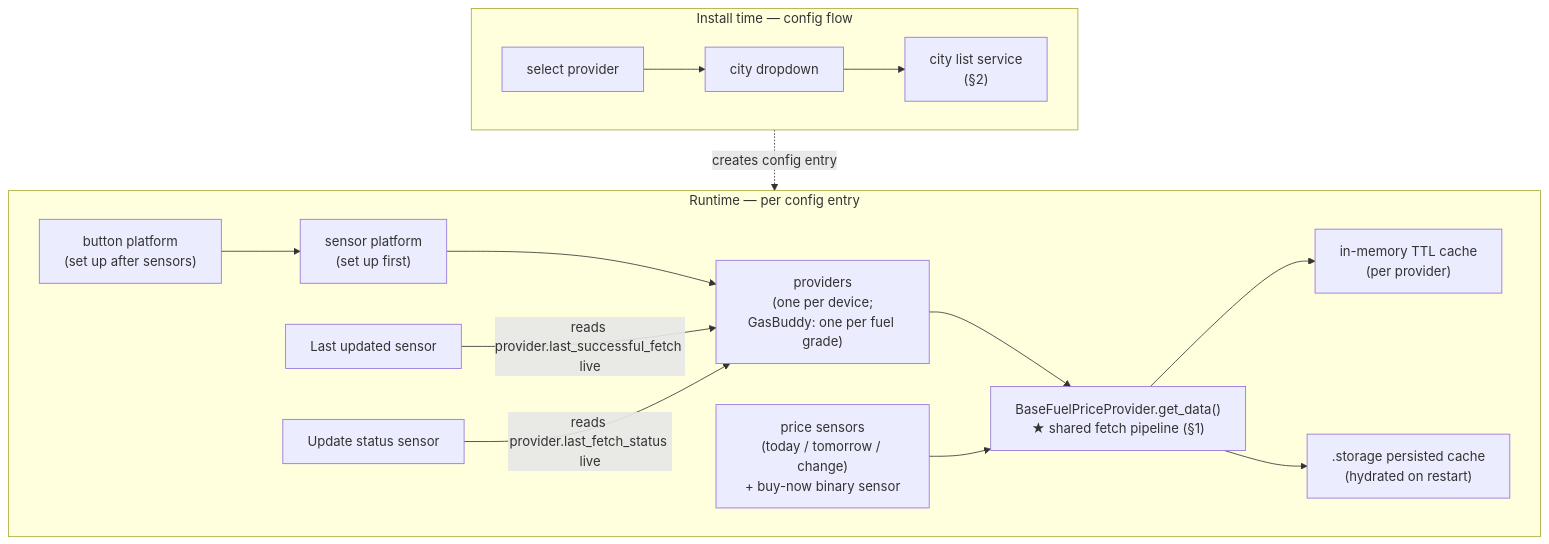
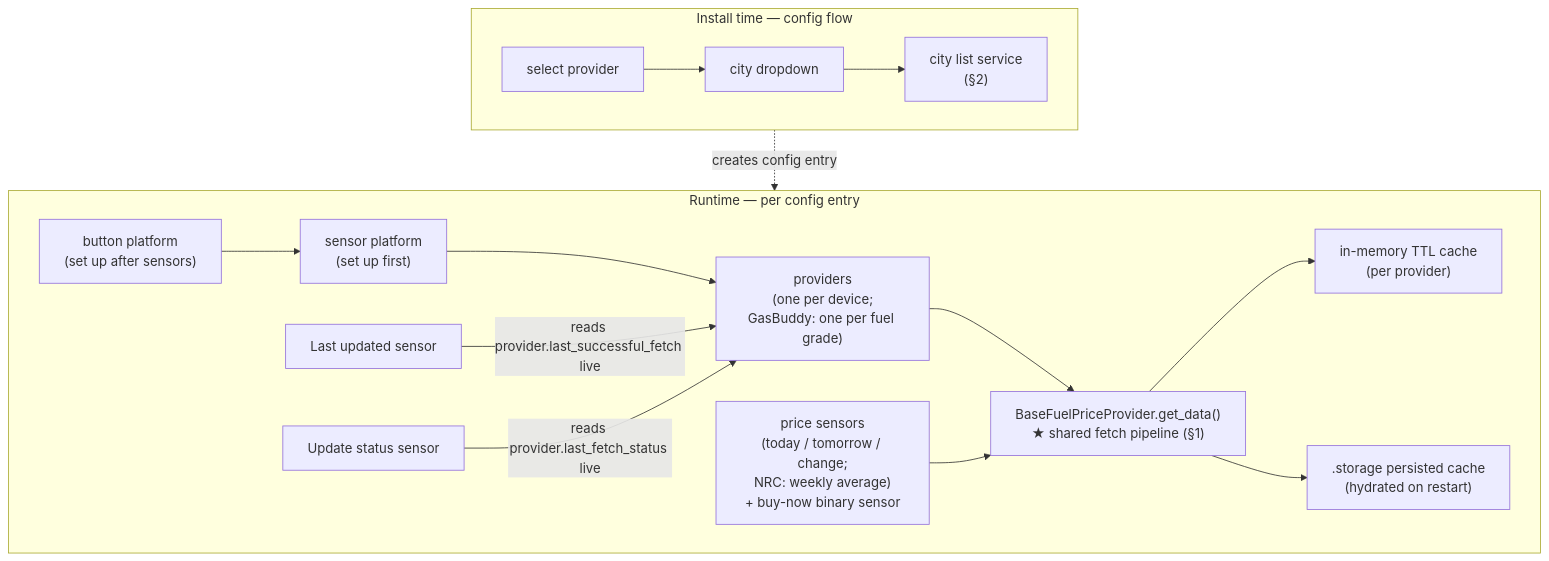
The first of 5 diagrams in docs/Architecture.md (meokey/smart-fuel-price), drawn with Mermaid before and after one commit. The commit also changed other lines of this file and 3 other files, not shown here.

Commit message:
docs sweep: verify docs/ against v2.7.6 (Architecture marker + NRC/comparison side effects + cache v3 + union rule; Configuration NRC section; Home four sources; provider guide city hooks)

````diff
--- a/docs/Architecture.md
+++ b/docs/Architecture.md
@@ -19,18 +19,18 @@
 ```mermaid
 flowchart TD
     subgraph INSTALL["Install time — config flow"]
         A["select provider"] --> B["city dropdown"]
         B --> C["city list service<br/>(§2)"]
     end
     subgraph RUNTIME["Runtime — per config entry"]
         D["sensor platform<br/>(set up first)"] --> E["providers<br/>(one per device;<br/>GasBuddy: one per fuel grade)"]
         F["button platform<br/>(set up after sensors)"] --> D
         E --> G["BaseFuelPriceProvider.get_data()<br/>★ shared fetch pipeline (§1)"]
         G --> H["in-memory TTL cache<br/>(per provider)"]
         G --> I[".storage persisted cache<br/>(hydrated on restart)"]
-        J["price sensors<br/>(today / tomorrow / change)<br/>+ buy-now binary sensor"] --> G
+        J["price sensors<br/>(today / tomorrow / change;<br/>NRC: weekly average)<br/>+ buy-now binary sensor"] --> G
         K["Last updated sensor"] -->|"reads provider.last_successful_fetch live"| E
         L["Update status sensor"] -->|"reads provider.last_fetch_status live"| E
     end
     INSTALL -.->|"creates config entry"| RUNTIME
 ```
````
